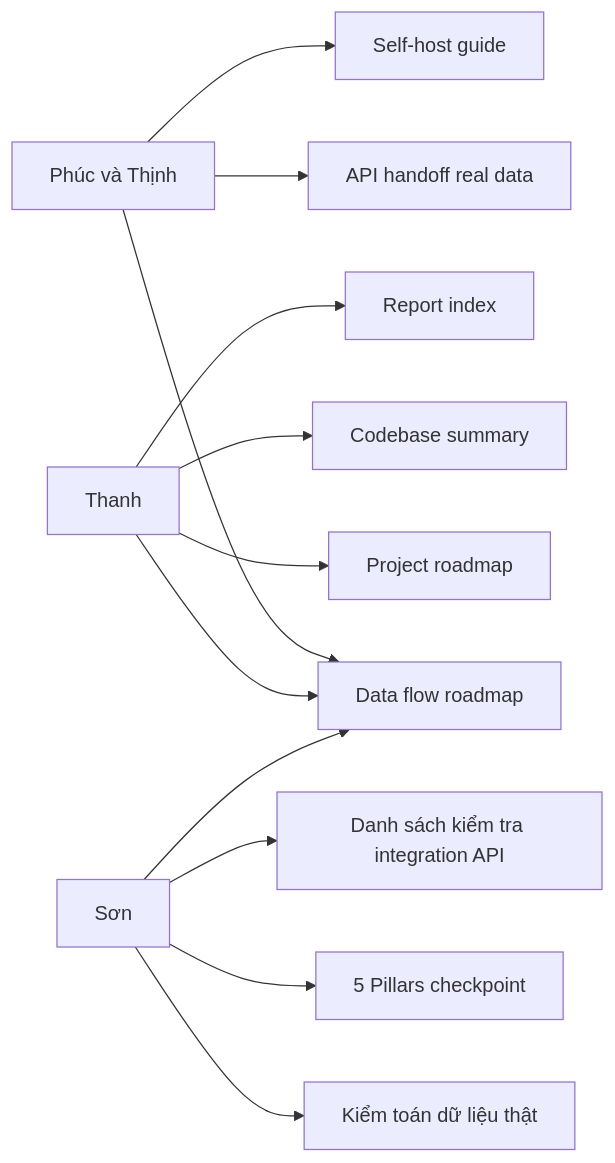
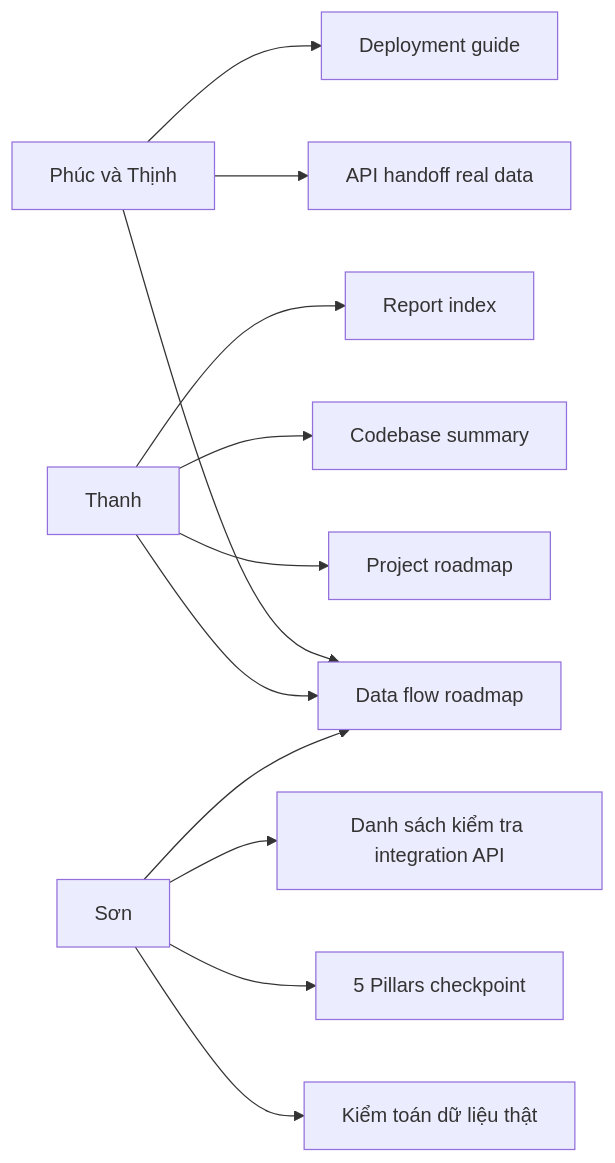
One commit to uit-25730067-chithanh/AI002-Team22-DT10 changed the second of 2 diagrams in docs/README.md. Above: the diagram before and after it, drawn with Mermaid. The commit also changed other lines of this file and 6 other files, not shown here.

First line of the commit message:
Docs: update project-level documentation, deployment guide, and slides

````diff
--- a/docs/README.md
+++ b/docs/README.md
@@ -49,16 +55,16 @@
 ```mermaid
 flowchart LR
     A[Phúc và Thịnh] --> B[Data flow roadmap]
     A --> C[API handoff real data]
-    A --> D[Self-host guide]
+    A --> D[Deployment guide]
 
     E[Thanh] --> B
     E --> F[Project roadmap]
     E --> G[Codebase summary]
     E --> L[Report index]
 
     H[Sơn] --> B
     H --> I[Kiểm toán dữ liệu thật]
     H --> J[5 Pillars checkpoint]
     H --> K[Danh sách kiểm tra integration API]
 ```
````
